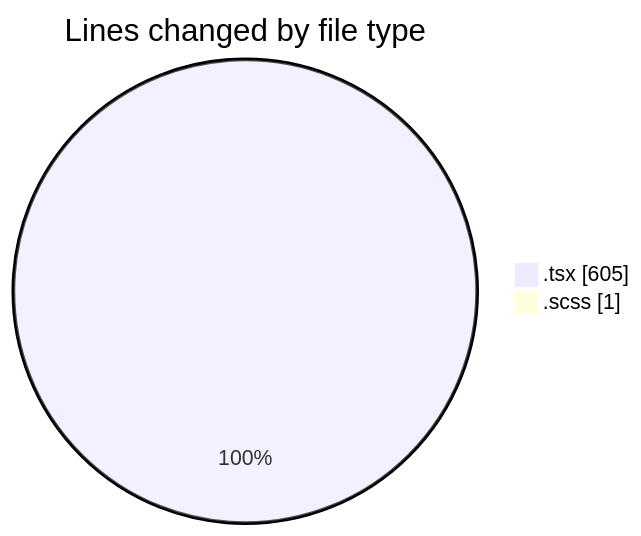
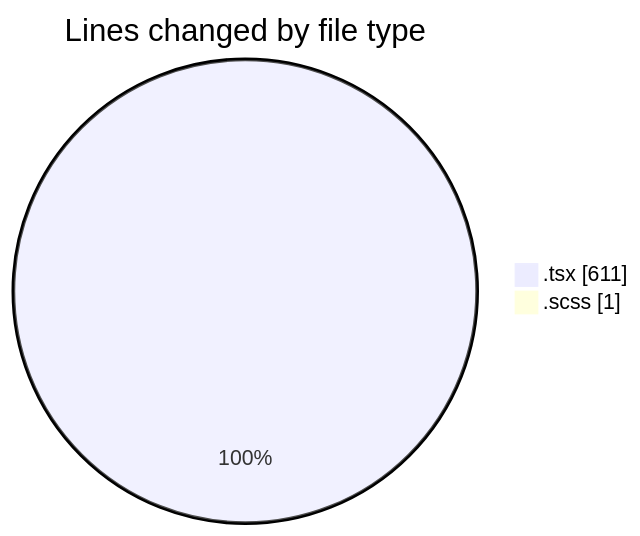
The first of 2 diagrams in 2025-03-19/cda/README.md (momahboobian/code-tracking), drawn with Mermaid before and after one commit. The commit also changed other lines of this file and 1 other file, not shown here.

````diff
--- a/2025-03-19/cda/README.md
+++ b/2025-03-19/cda/README.md
@@ -23,6 +23,6 @@
 ```mermaid
 pie showData
 title Lines changed by file type
-".tsx" : 605
+".tsx" : 611
 ".scss" : 1
 ```
````
